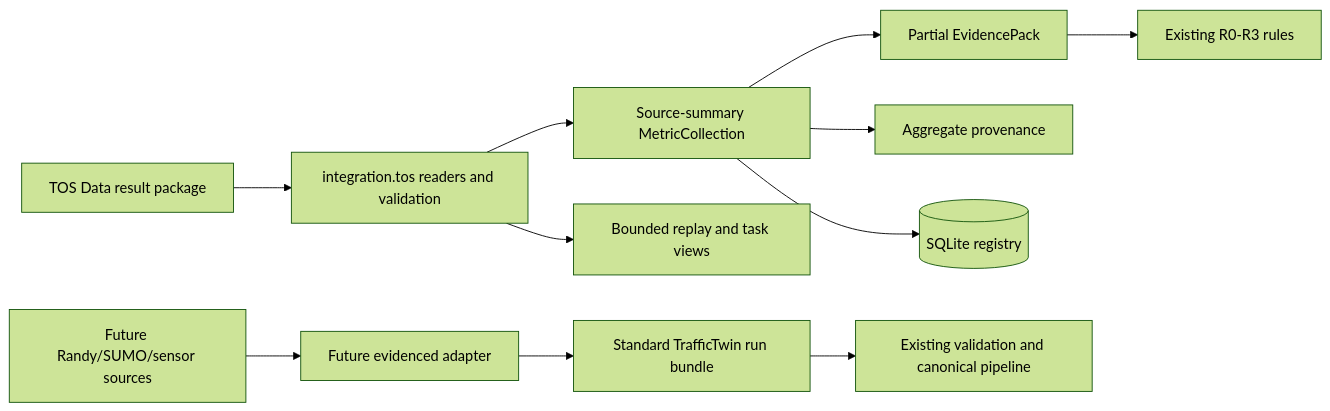
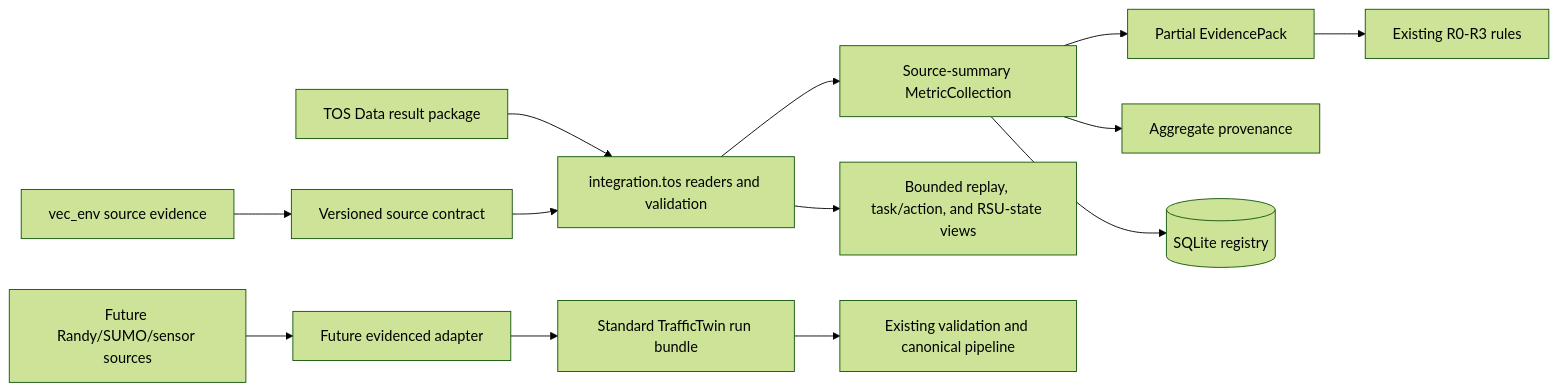
Before and after one commit to Abdulla4akash/traffictwin: the seventh of 9 diagrams in docs/architecture.md, drawn with Mermaid (forest theme). The commit also changed other lines of this file and 45 other files, not shown here.

Commit message:
feat(integration): add evidenced vec environment contract

````diff
--- a/docs/architecture.md
+++ b/docs/architecture.md
@@ -255,14 +255,16 @@
 ```mermaid
 flowchart LR
     TOS[TOS Data result package] --> TOSReader[integration.tos readers and validation]
+    VecSource[vec_env source evidence] --> SourceContract[Versioned source contract]
+    SourceContract --> TOSReader
     TOSReader --> Summary[Source-summary MetricCollection]
-    TOSReader --> Views[Bounded replay and task views]
+    TOSReader --> Views[Bounded replay, task/action, and RSU-state views]
     Summary --> PartialEvidence[Partial EvidencePack]
     PartialEvidence --> ExistingRules[Existing R0-R3 rules]
     Summary --> AggregateTrace[Aggregate provenance]
     Summary --> Registry[(SQLite registry)]
 
     Other[Future Randy/SUMO/sensor sources] --> FutureAdapter[Future evidenced adapter]
     FutureAdapter --> StandardBundle[Standard TrafficTwin run bundle]
     StandardBundle --> ExistingPipeline[Existing validation and canonical pipeline]
 ```
````
